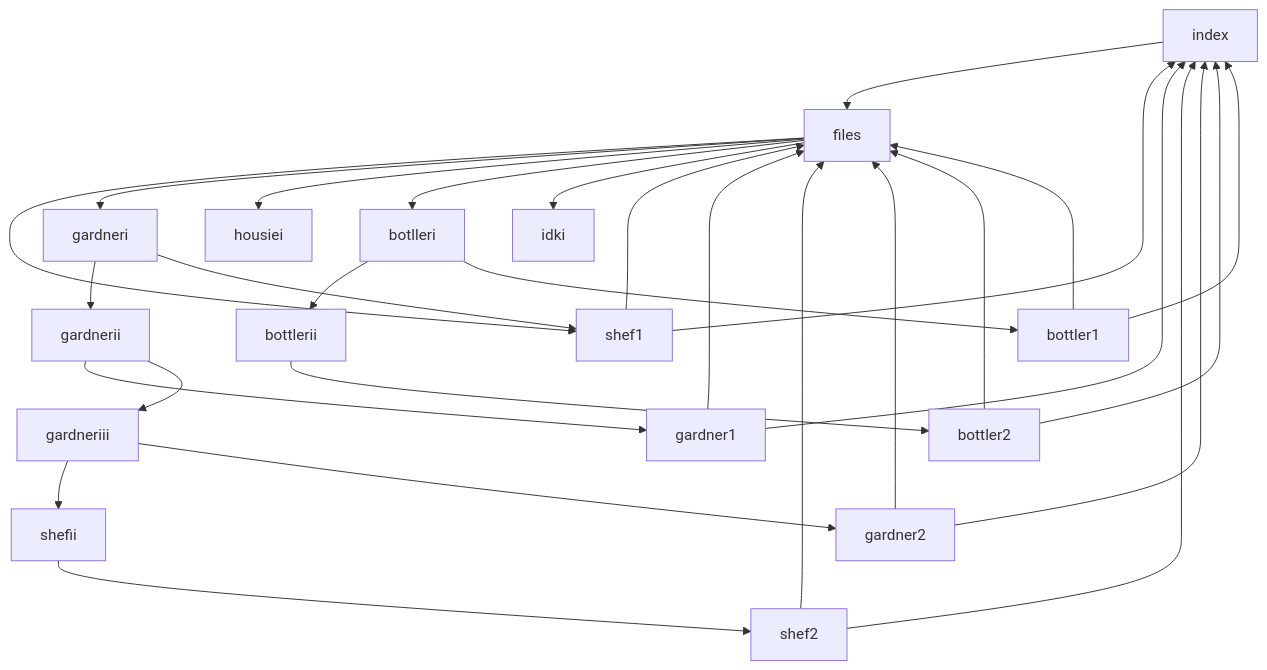
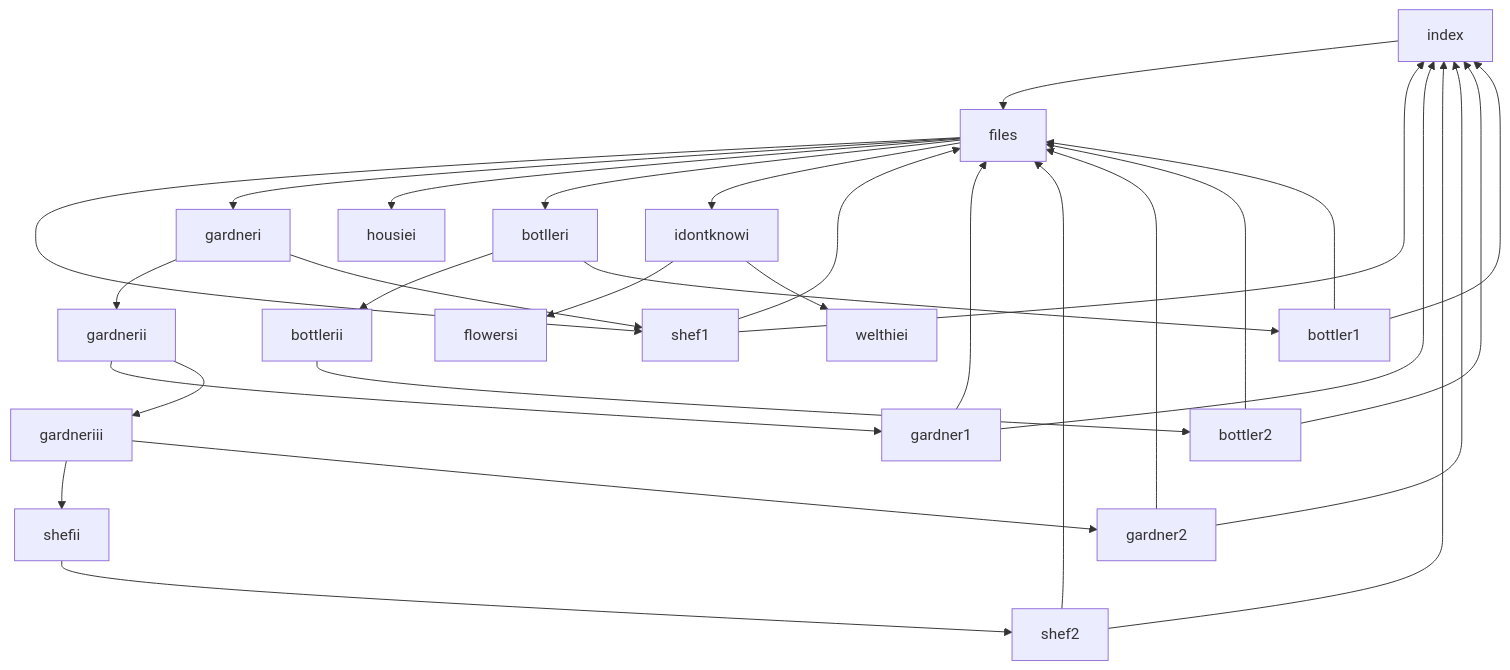
Before and after one commit to rgbhsl/detective-flowers: the diagram in README.md, drawn with Mermaid.

````diff
--- a/README.md
+++ b/README.md
@@ -18,24 +18,27 @@
 ```mermaid
 graph TD;
     index --> files;
-    files --> shef1 & gardneri & housiei & botlleri & idki
+    files --> shef1 & gardneri & housiei & botlleri & idontknowi
     shef1 --> index & files
     shef2 --> index & files
     gardner1 --> index & files
     gardner2 --> index & files
     bottler1 --> index & files
     bottler2 --> index & files
     gardneri -->  gardnerii & shef1
     botlleri --> bottlerii & bottler1
     gardnerii --> gardner1 & gardneriii
     gardneriii --> shefii & gardner2
     shefii --> shef2
     bottlerii --> bottler2
+    idontknowi --> flowersi & welthiei
+    
+
 
 
 
 
 
 
    
 ```
````
